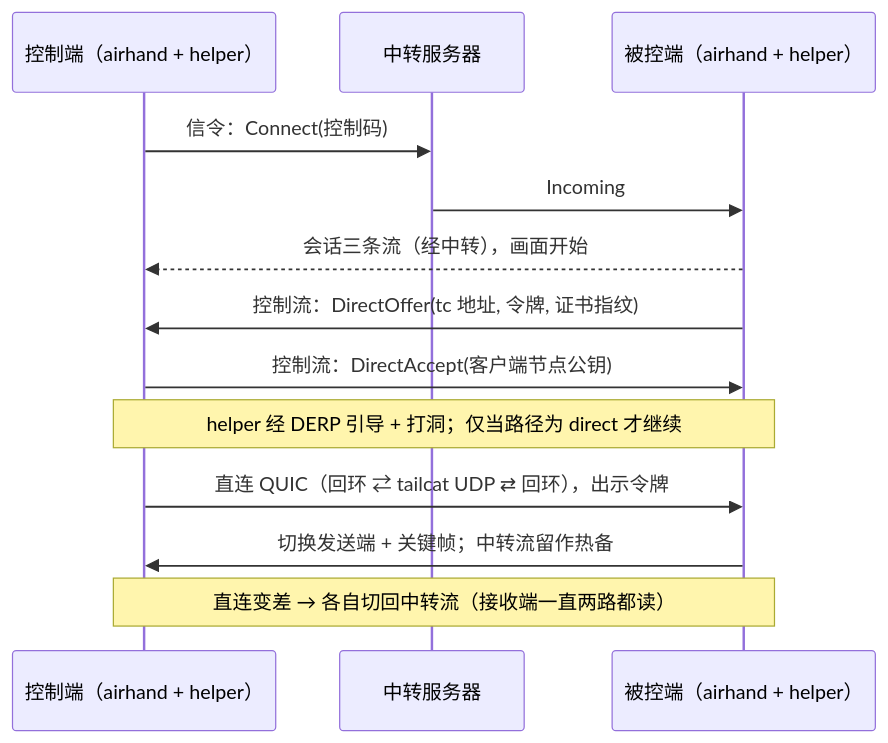
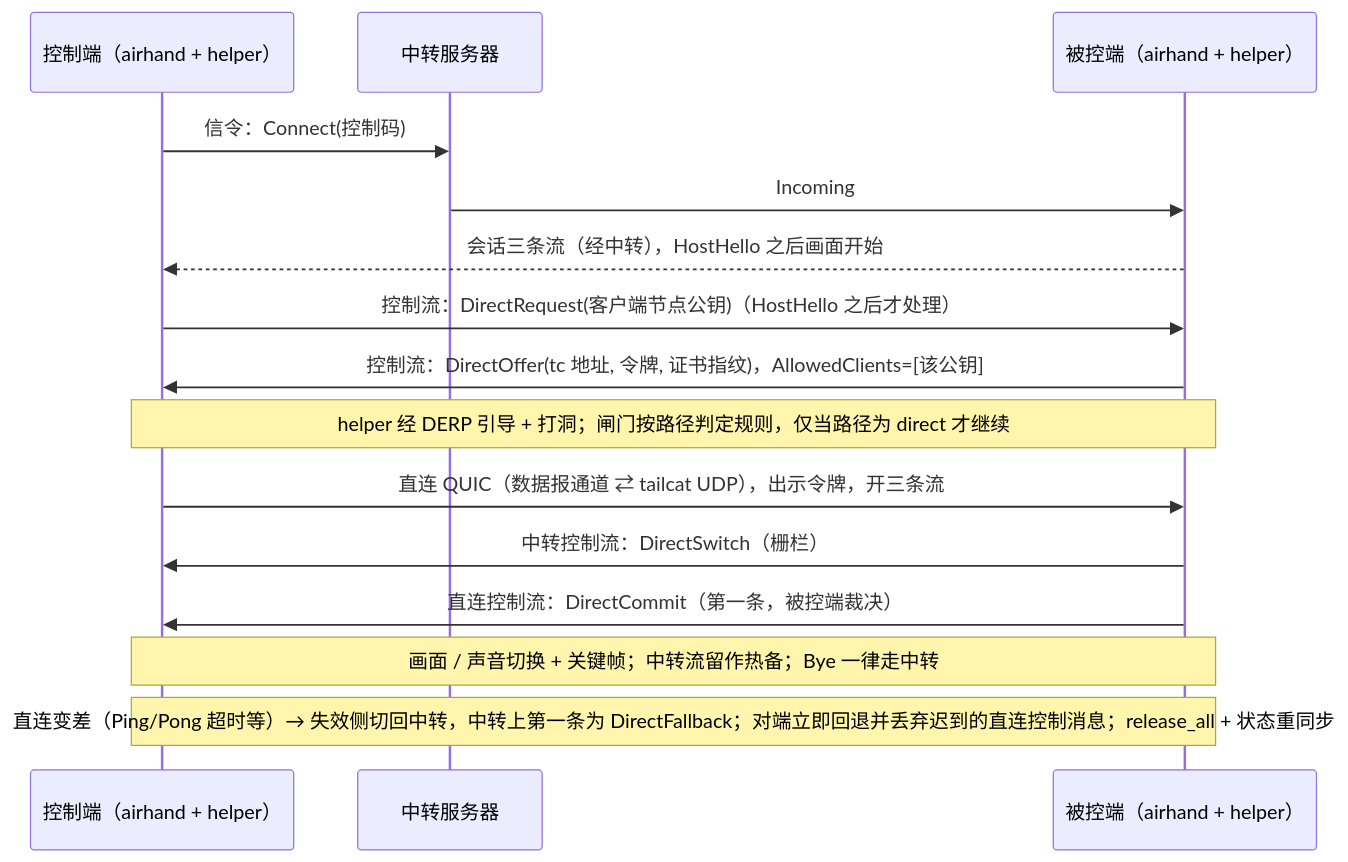
One commit to 2mauis/airhand changed the diagram in docs/specs/tailcat-p2p-feature-map.md. Above: the diagram before and after it, drawn with Mermaid. The commit also changed other lines of this file and 5 other files, not shown here.

````diff
--- a/docs/specs/tailcat-p2p-feature-map.md
+++ b/docs/specs/tailcat-p2p-feature-map.md
@@ -36,15 +39,17 @@
 ```mermaid
 sequenceDiagram
     participant C as 控制端（airhand + helper）
     participant R as 中转服务器
     participant H as 被控端（airhand + helper）
     C->>R: 信令：Connect(控制码)
     R->>H: Incoming
-    H-->>C: 会话三条流（经中转），画面开始
-    H->>C: 控制流：DirectOffer(tc 地址, 令牌, 证书指纹)
-    C->>H: 控制流：DirectAccept(客户端节点公钥)
-    Note over C,H: helper 经 DERP 引导 + 打洞；仅当路径为 direct 才继续
-    C->>H: 直连 QUIC（回环 ⇄ tailcat UDP ⇄ 回环），出示令牌
-    H->>C: 切换发送端 + 关键帧；中转流留作热备
-    Note over C,H: 直连变差 → 各自切回中转流（接收端一直两路都读）
+    H-->>C: 会话三条流（经中转），HostHello 之后画面开始
+    C->>H: 控制流：DirectRequest(客户端节点公钥)（HostHello 之后才处理）
+    H->>C: 控制流：DirectOffer(tc 地址, 令牌, 证书指纹)，AllowedClients=[该公钥]
+    Note over C,H: helper 经 DERP 引导 + 打洞；闸门按路径判定规则，仅当路径为 direct 才继续
+    C->>H: 直连 QUIC（数据报通道 ⇄ tailcat UDP），出示令牌，开三条流
+    H->>C: 中转控制流：DirectSwitch（栅栏）
+    H->>C: 直连控制流：DirectCommit（第一条，被控端裁决）
+    Note over C,H: 画面 / 声音切换 + 关键帧；中转流留作热备；Bye 一律走中转
+    Note over C,H: 直连变差（Ping/Pong 超时等）→ 失效侧切回中转，中转上第一条为 DirectFallback；对端立即回退并丢弃迟到的直连控制消息；release_all + 状态重同步
 ```
````
